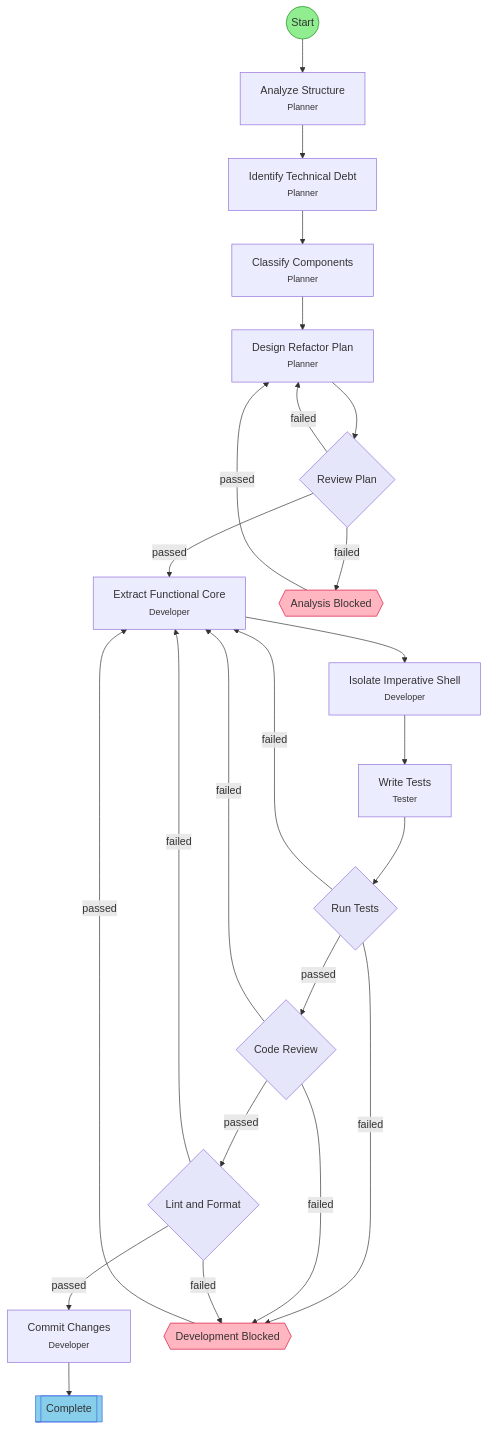
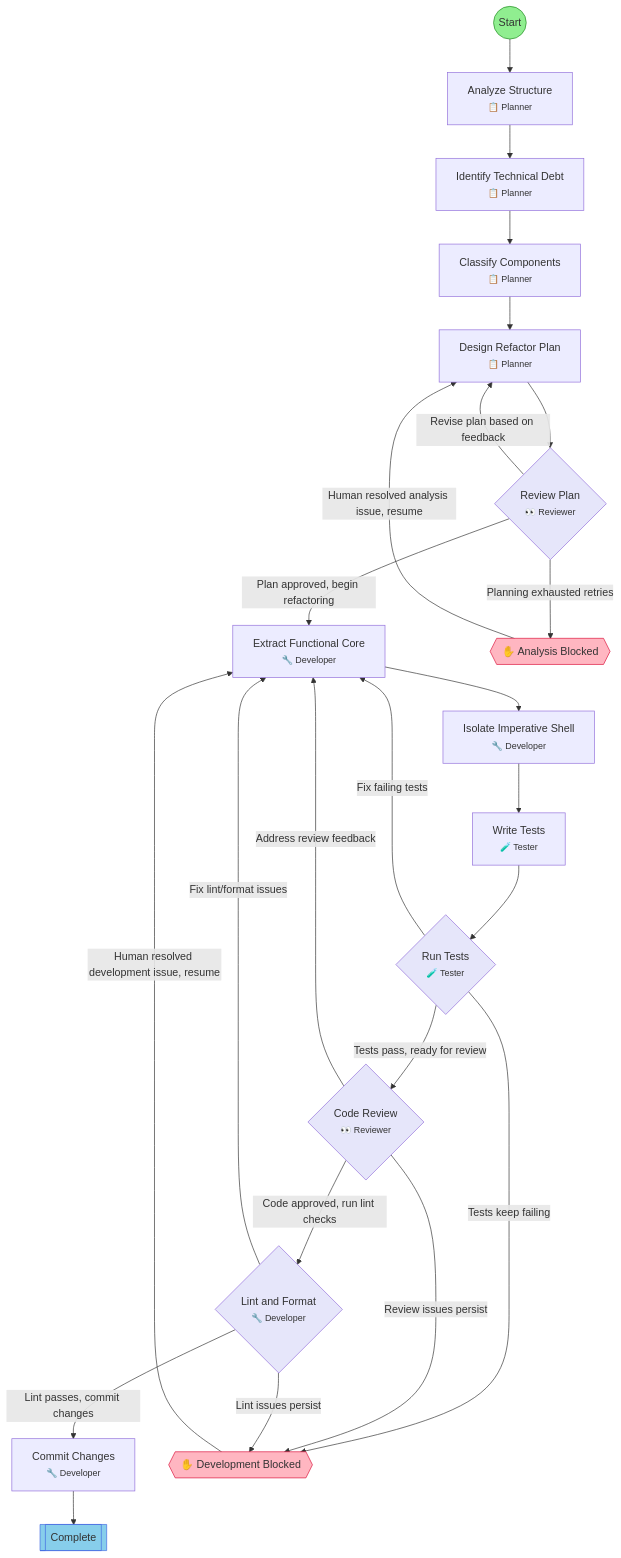
Before and after one commit to leclabs/agent-toolkit: the diagram in .flow/diagrams/refactor.md, drawn with Mermaid. The commit also changed other lines of this file and 34 other files, not shown here.

First line of the commit message:
feat: add emoji field to workflow schema and render in diagrams

````diff
--- a/.flow/diagrams/refactor.md
+++ b/.flow/diagrams/refactor.md
@@ -7,54 +7,54 @@
 ```mermaid
 flowchart TD
     start(("Start"))
-    analyze_structure["Analyze Structure<br/><small>Planner</small>"]
-    identify_debt["Identify Technical Debt<br/><small>Planner</small>"]
-    classify_components["Classify Components<br/><small>Planner</small>"]
-    design_refactor["Design Refactor Plan<br/><small>Planner</small>"]
-    plan_review{"Review Plan"}
-    extract_core["Extract Functional Core<br/><small>Developer</small>"]
-    isolate_shell["Isolate Imperative Shell<br/><small>Developer</small>"]
-    write_tests["Write Tests<br/><small>Tester</small>"]
-    run_tests{"Run Tests"}
-    code_review{"Code Review"}
-    lint_format{"Lint and Format"}
-    commit["Commit Changes<br/><small>Developer</small>"]
+    analyze_structure["Analyze Structure<br/><small>📋 Planner</small>"]
+    identify_debt["Identify Technical Debt<br/><small>📋 Planner</small>"]
+    classify_components["Classify Components<br/><small>📋 Planner</small>"]
+    design_refactor["Design Refactor Plan<br/><small>📋 Planner</small>"]
+    plan_review{"Review Plan<br/><small>👀 Reviewer</small>"}
+    extract_core["Extract Functional Core<br/><small>🔧 Developer</small>"]
+    isolate_shell["Isolate Imperative Shell<br/><small>🔧 Developer</small>"]
+    write_tests["Write Tests<br/><small>🧪 Tester</small>"]
+    run_tests{"Run Tests<br/><small>🧪 Tester</small>"}
+    code_review{"Code Review<br/><small>👀 Reviewer</small>"}
+    lint_format{"Lint and Format<br/><small>🔧 Developer</small>"}
+    commit["Commit Changes<br/><small>🔧 Developer</small>"]
     end_success[["Complete"]]
-    hitl_analysis_failed{{"Analysis Blocked"}}
-    hitl_dev_failed{{"Development Blocked"}}
+    hitl_analysis_failed{{"✋ Analysis Blocked"}}
+    hitl_dev_failed{{"✋ Development Blocked"}}
 
     start --> analyze_structure
     analyze_structure --> identify_debt
     identify_debt --> classify_components
     classify_components --> design_refactor
     design_refactor --> plan_review
-    plan_review -->|failed| design_refactor
-    plan_review -->|failed| hitl_analysis_failed
-    plan_review -->|passed| extract_core
+    plan_review -->|Revise plan based on feedback| design_refactor
+    plan_review -->|Planning exhausted retries| hitl_analysis_failed
+    plan_review -->|Plan approved, begin refactoring| extract_core
     extract_core --> isolate_shell
     isolate_shell --> write_tests
     write_tests --> run_tests
-    run_tests -->|failed| extract_core
-    run_tests -->|failed| hitl_dev_failed
-    run_tests -->|passed| code_review
-    code_review -->|failed| extract_core
-    code_review -->|failed| hitl_dev_failed
-    code_review -->|passed| lint_format
-    lint_format -->|passed| commit
-    lint_format -->|failed| extract_core
-    lint_format -->|failed| hitl_dev_failed
+    run_tests -->|Fix failing tests| extract_core
+    run_tests -->|Tests keep failing| hitl_dev_failed
+    run_tests -->|Tests pass, ready for review| code_review
+    code_review -->|Address review feedback| extract_core
+    code_review -->|Review issues persist| hitl_dev_failed
+    code_review -->|Code approved, run lint checks| lint_format
+    lint_format -->|Lint passes, commit changes| commit
+    lint_format -->|Fix lint/format issues| extract_core
+    lint_format -->|Lint issues persist| hitl_dev_failed
     commit --> end_success
-    hitl_analysis_failed -->|passed| design_refactor
-    hitl_dev_failed -->|passed| extract_core
+    hitl_analysis_failed -->|Human resolved analysis issue, resume| design_refactor
+    hitl_dev_failed -->|Human resolved development issue, resume| extract_core
 
     classDef startStep fill:#90EE90,stroke:#228B22
     classDef successStep fill:#87CEEB,stroke:#4169E1
     classDef hitlStep fill:#FFB6C1,stroke:#DC143C
     classDef gateStep fill:#E6E6FA,stroke:#9370DB
     classDef forkJoinStep fill:#FFEAA7,stroke:#FDCB6E
     classDef currentStep fill:#FFD700,stroke:#FF8C00,stroke-width:3px
     class start startStep
     class end_success successStep
     class hitl_analysis_failed,hitl_dev_failed hitlStep
     class plan_review,run_tests,code_review,lint_format gateStep
 ```
````
